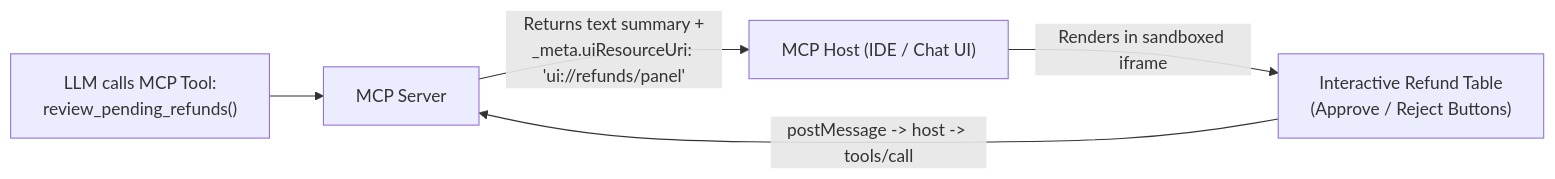
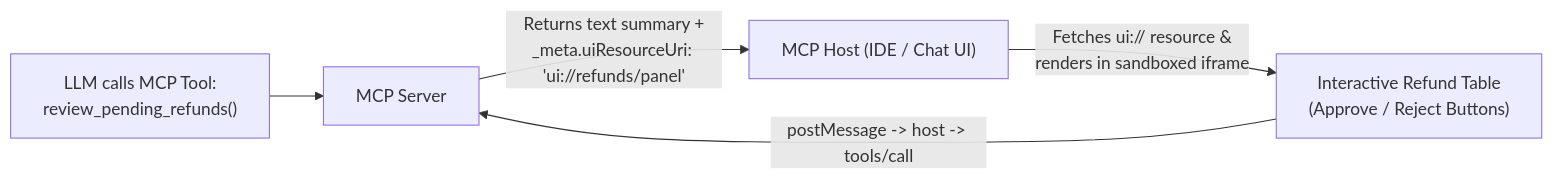
One commit to Amie-dev/FDE-and-GenAI-Mastery changed the first of 2 diagrams in Lecture 37 - Agent UIs K8s and KEDA Scaling/notes/02_MCP_Apps_Interactive_UI_inside_MCP_Hosts.md. Above: the diagram before and after it, drawn with Mermaid. The commit also changed other lines of this file and 92 other files, not shown here.

````diff
--- a/Lecture 37 - Agent UIs K8s and KEDA Scaling/notes/02_MCP_Apps_Interactive_UI_inside_MCP_Hosts.md
+++ b/Lecture 37 - Agent UIs K8s and KEDA Scaling/notes/02_MCP_Apps_Interactive_UI_inside_MCP_Hosts.md
@@ -27,7 +28,7 @@
 ```mermaid
 flowchart LR
     LLM["LLM calls MCP Tool:<br/>review_pending_refunds()"] --> Server["MCP Server"]
     Server -->|"Returns text summary +<br/>_meta.uiResourceUri: 'ui://refunds/panel'"| Host["MCP Host (IDE / Chat UI)"]
-    Host -->|"Renders in sandboxed iframe"| Widget["Interactive Refund Table<br/>(Approve / Reject Buttons)"]
+    Host -->|"Fetches ui:// resource &<br/>renders in sandboxed iframe"| Widget["Interactive Refund Table<br/>(Approve / Reject Buttons)"]
     Widget -->|"postMessage -> host -> tools/call"| Server
 ```
````
